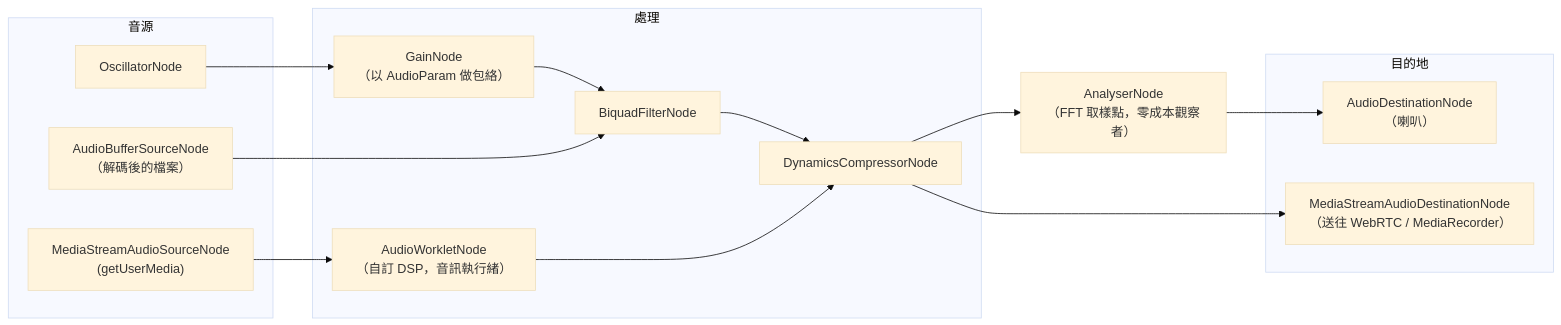
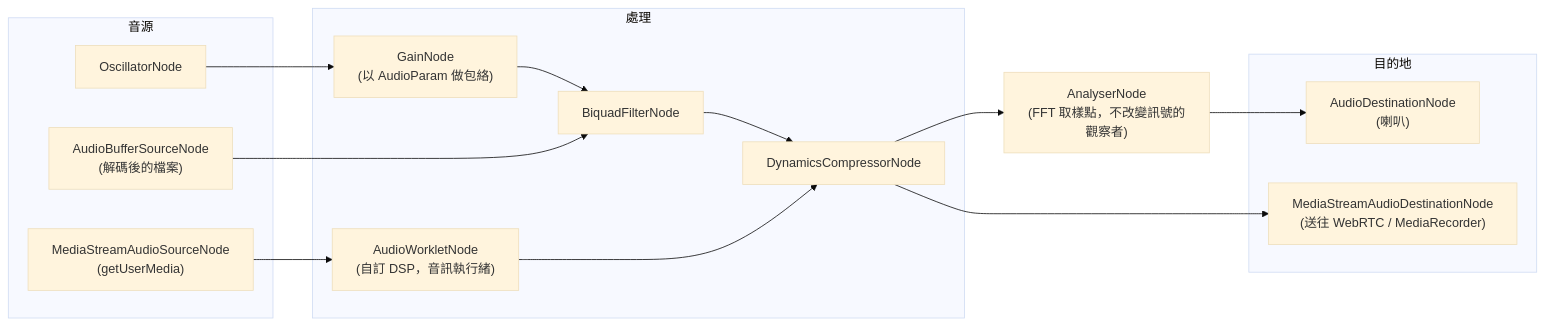
Before and after one commit to alivedise/frontend-engineering-essentials: the diagram in docs/zh-tw/Browser APIs and Web Platform/web-audio-api.md, drawn with Mermaid (base theme). The commit also changed other lines of this file and 1 other file, not shown here.

````diff
--- a/docs/zh-tw/Browser APIs and Web Platform/web-audio-api.md
+++ b/docs/zh-tw/Browser APIs and Web Platform/web-audio-api.md
@@ -20,24 +20,24 @@
 ```mermaid
 flowchart LR
     subgraph sources ["音源"]
         OSC["OscillatorNode"]
-        BUF["AudioBufferSourceNode<br/>（解碼後的檔案）"]
+        BUF["AudioBufferSourceNode<br/>(解碼後的檔案)"]
         MIC["MediaStreamAudioSourceNode<br/>(getUserMedia)"]
     end
     subgraph fx ["處理"]
-        GAIN["GainNode<br/>（以 AudioParam 做包絡）"]
+        GAIN["GainNode<br/>(以 AudioParam 做包絡)"]
         FILT["BiquadFilterNode"]
-        WORK["AudioWorkletNode<br/>（自訂 DSP，音訊執行緒）"]
+        WORK["AudioWorkletNode<br/>(自訂 DSP，音訊執行緒)"]
         COMP["DynamicsCompressorNode"]
     end
-    ANA["AnalyserNode<br/>（FFT 取樣點，零成本觀察者）"]
+    ANA["AnalyserNode<br/>(FFT 取樣點，不改變訊號的觀察者)"]
     subgraph out ["目的地"]
-        DEST["AudioDestinationNode<br/>（喇叭）"]
-        MSD["MediaStreamAudioDestinationNode<br/>（送往 WebRTC / MediaRecorder）"]
+        DEST["AudioDestinationNode<br/>(喇叭)"]
+        MSD["MediaStreamAudioDestinationNode<br/>(送往 WebRTC / MediaRecorder)"]
     end
     OSC --> GAIN --> FILT --> COMP
     BUF --> FILT
     MIC --> WORK --> COMP
     COMP --> ANA --> DEST
     COMP --> MSD
 ```
````
